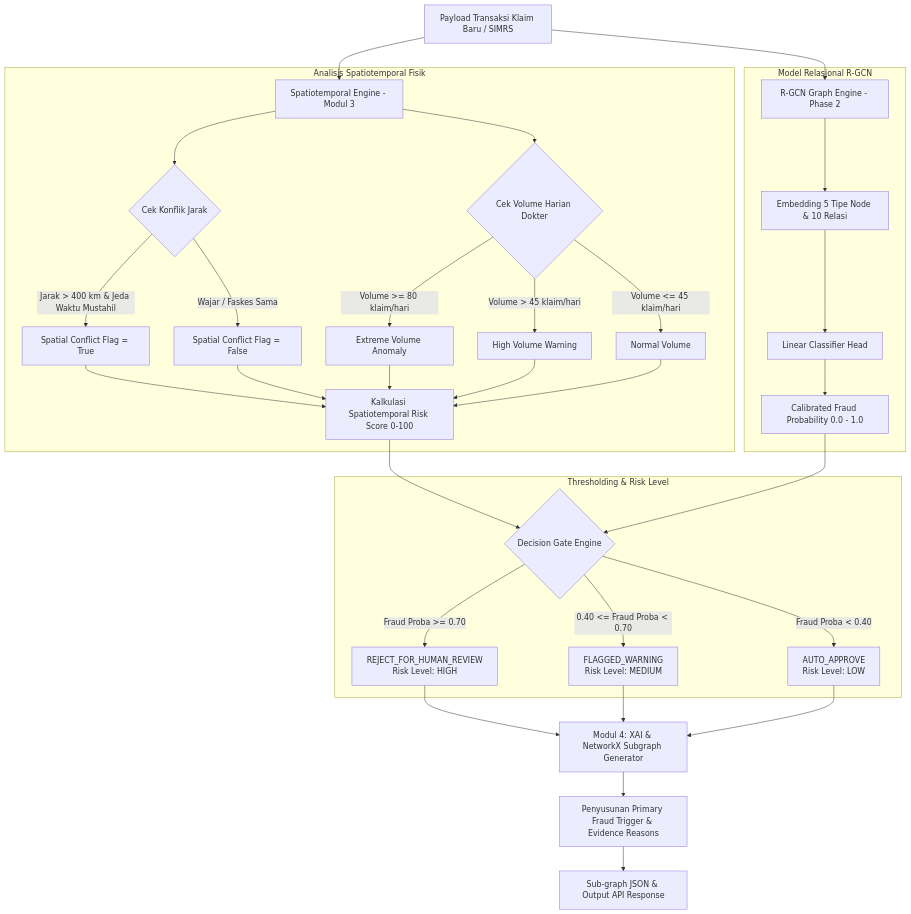
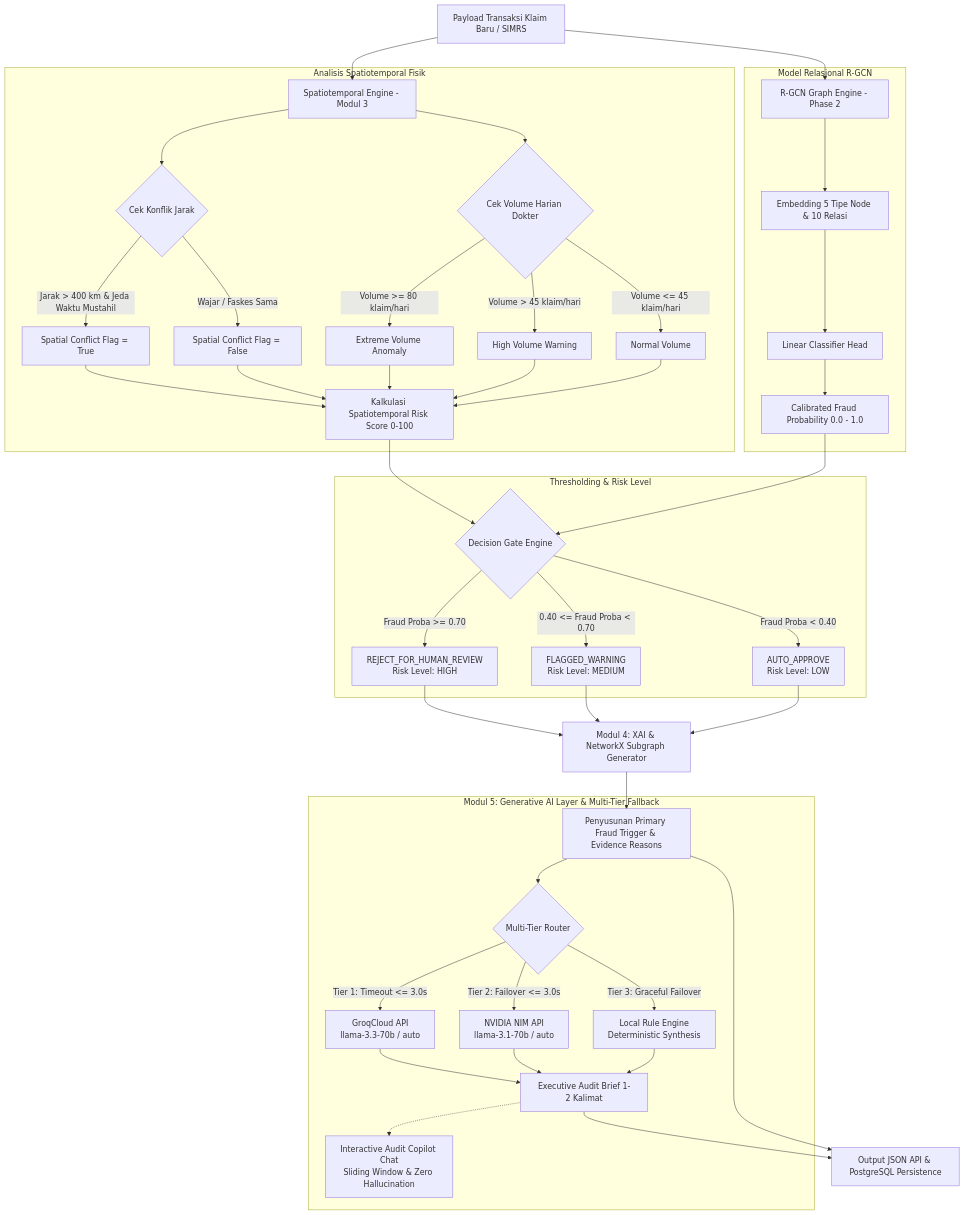
The first of 2 diagrams in docs/DECISION_LOGIC_AND_CLASSIFICATION_RULES.md (faiz-jihad/Healthkathon-BPJS-KESEHATAN), drawn with Mermaid before and after one commit. The commit also changed other lines of this file and 3 other files, not shown here.

````diff
--- a/docs/DECISION_LOGIC_AND_CLASSIFICATION_RULES.md
+++ b/docs/DECISION_LOGIC_AND_CLASSIFICATION_RULES.md
@@ -20,40 +21,50 @@
 ```mermaid
 flowchart TD
     A[Payload Transaksi Klaim Baru / SIMRS] --> B[Spatiotemporal Engine - Modul 3]
     A --> C[R-GCN Graph Engine - Phase 2]
     
     subgraph Modul_3 [Analisis Spatiotemporal Fisik]
         B --> B1{Cek Konflik Jarak}
         B1 -->|Jarak > 400 km & Jeda Waktu Mustahil| S1[Spatial Conflict Flag = True]
         B1 -->|Wajar / Faskes Sama| S2[Spatial Conflict Flag = False]
         
         B --> B2{Cek Volume Harian Dokter}
         B2 -->|Volume >= 80 klaim/hari| V1[Extreme Volume Anomaly]
         B2 -->|Volume > 45 klaim/hari| V2[High Volume Warning]
         B2 -->|Volume <= 45 klaim/hari| V3[Normal Volume]
         
         S1 & S2 & V1 & V2 & V3 --> B3[Kalkulasi Spatiotemporal Risk Score 0-100]
     end
 
     subgraph Phase_2 [Model Relasional R-GCN]
         C --> C1[Embedding 5 Tipe Node & 10 Relasi]
         C1 --> C2[Linear Classifier Head]
         C2 --> C3[Calibrated Fraud Probability 0.0 - 1.0]
     end
 
     B3 --> D{Decision Gate Engine}
     C3 --> D
 
     subgraph Decision_Gate [Thresholding & Risk Level]
         D -->|Fraud Proba >= 0.70| GateHigh[REJECT_FOR_HUMAN_REVIEW<br/>Risk Level: HIGH]
         D -->|0.40 <= Fraud Proba < 0.70| GateMed[FLAGGED_WARNING<br/>Risk Level: MEDIUM]
         D -->|Fraud Proba < 0.40| GateLow[AUTO_APPROVE<br/>Risk Level: LOW]
     end
 
     GateHigh --> E[Modul 4: XAI & NetworkX Subgraph Generator]
     GateMed --> E
     GateLow --> E
 
     E --> F[Penyusunan Primary Fraud Trigger & Evidence Reasons]
-    F --> G[Sub-graph JSON & Output API Response]
+    
+    subgraph Modul_5 [Modul 5: Generative AI Layer & Multi-Tier Fallback]
+        F --> G1{Multi-Tier Router}
+        G1 -->|Tier 1: Timeout <= 3.0s| LLM1[GroqCloud API<br/>llama-3.3-70b / auto]
+        G1 -->|Tier 2: Failover <= 3.0s| LLM2[NVIDIA NIM API<br/>llama-3.1-70b / auto]
+        G1 -->|Tier 3: Graceful Failover| LLM3[Local Rule Engine<br/>Deterministic Synthesis]
+        LLM1 & LLM2 & LLM3 --> G2[Executive Audit Brief 1-2 Kalimat]
+        G2 -.-> G3[Interactive Audit Copilot Chat<br/>Sliding Window & Zero Hallucination]
+    end
+
+    F & G2 --> H[Output JSON API & PostgreSQL Persistence]
 ```
````
